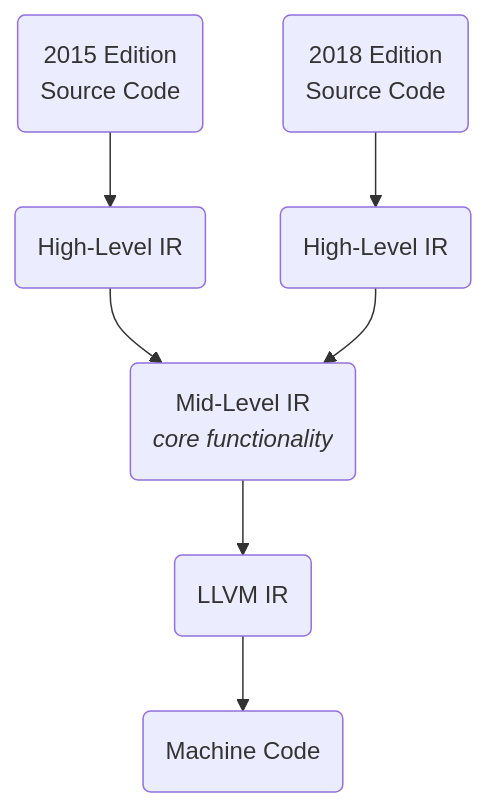
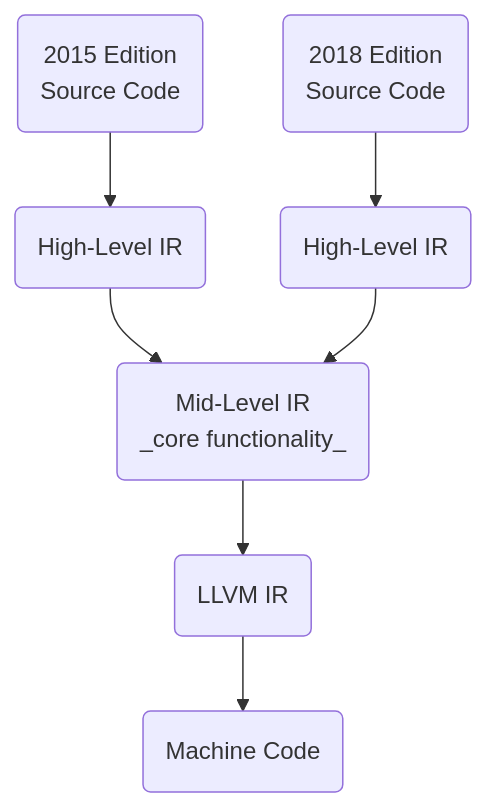
Before and after one commit to Bricktech2000/Notes: the diagram in notes/rust.md, drawn with Mermaid. The commit also changed 25 other files, not shown here.

````diff
--- a/notes/rust.md
+++ b/notes/rust.md
@@ -114,14 +114,14 @@
 ```mermaid
 graph TD
   A(2015 Edition<br />Source Code)
   B(2018 Edition<br />Source Code)
   A_HIR(High-Level IR)
   B_HIR(High-Level IR)
-  MIR(Mid-Level IR<br /><em>core functionality</em>)
+  MIR(Mid-Level IR<br />_core functionality_)
   LLVM_IR(LLVM IR)
   MACHINE_CODE(Machine Code)
 
   A --> A_HIR --> MIR
   B --> B_HIR --> MIR
   MIR --> LLVM_IR --> MACHINE_CODE
 ```
````
